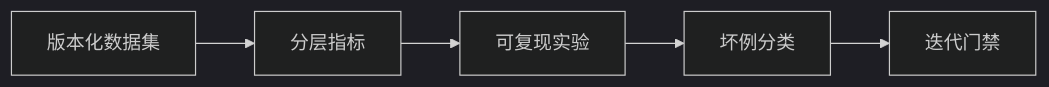
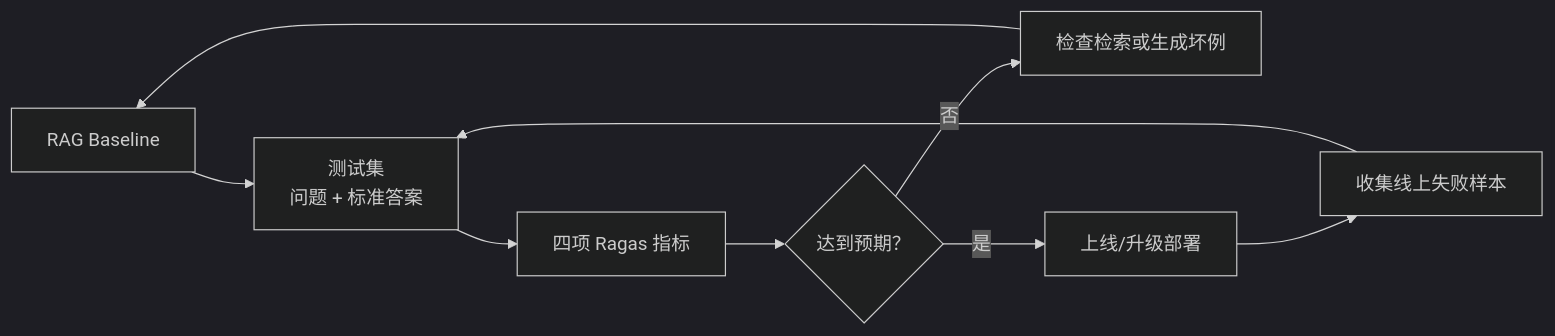
The diagram in notes/08-evaluation/p050-RAG-评估-本章总结.md (luyunix/rag_study), drawn with Mermaid (dark theme) before and after one commit. The commit also changed other lines of this file and 25 other files, not shown here.

````diff
--- a/notes/08-evaluation/p050-RAG-评估-本章总结.md
+++ b/notes/08-evaluation/p050-RAG-评估-本章总结.md
@@ -17,12 +15,11 @@
 ```mermaid
 flowchart LR
-    N0["版本化数据集"]
-    N1["分层指标"]
-    N2["可复现实验"]
-    N3["坏例分类"]
-    N4["迭代门禁"]
-    N0 --> N1
-    N1 --> N2
-    N2 --> N3
-    N3 --> N4
+    B["RAG Baseline"] --> D["测试集<br/>问题 + 标准答案"]
+    D --> M["四项 Ragas 指标"]
+    M --> X{"达到预期？"}
+    X -->|否| F["检查检索或生成坏例"]
+    F --> B
+    X -->|是| P["上线/升级部署"]
+    P --> O["收集线上失败样本"]
+    O --> D
 ```
````
